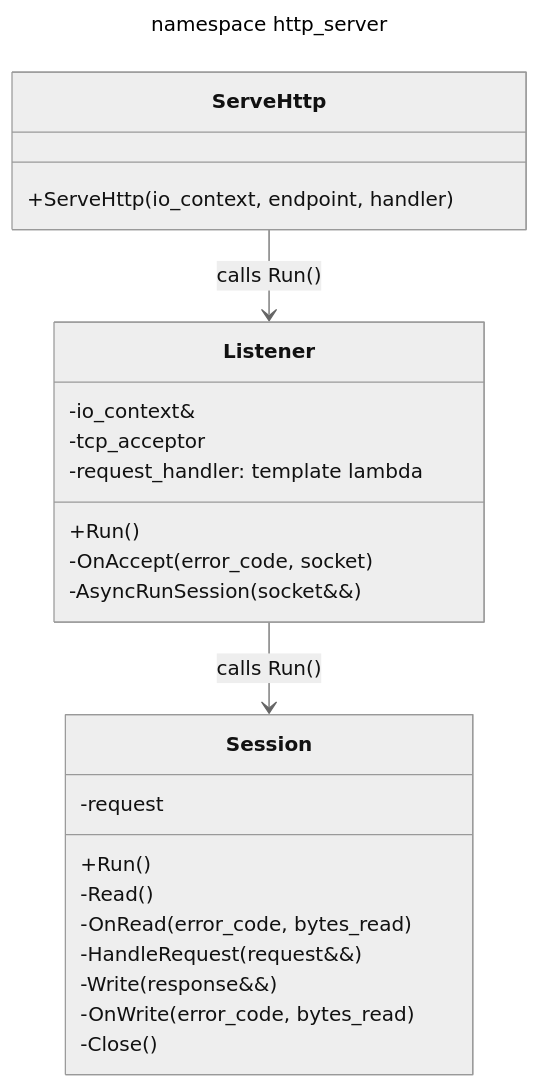
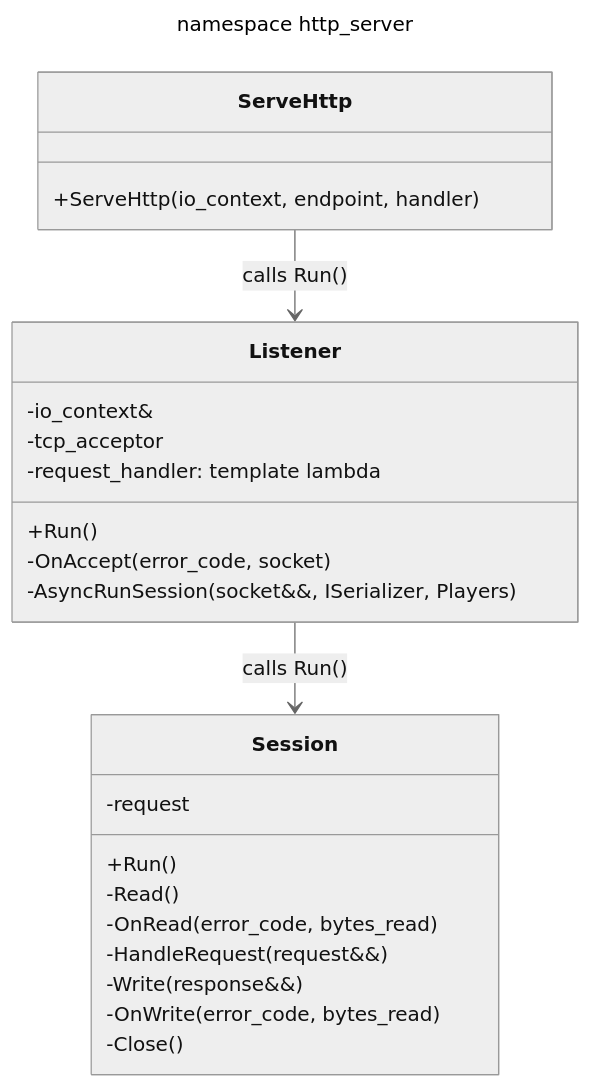
Before and after one commit to LeeDoor/game_webserver: the first of 2 diagrams in docs/server.md, drawn with Mermaid (neutral theme).

````diff
--- a/docs/server.md
+++ b/docs/server.md
@@ -6,30 +6,30 @@
 ```mermaid
 ---
 title: namespace http_server
 ---
 classDiagram
     class ServeHttp{
         +ServeHttp(io_context, endpoint, handler)
     }
     class Listener{
         +Run()
         -OnAccept(error_code, socket)
-        -AsyncRunSession(socket&&)
+        -AsyncRunSession(socket&&, ISerializer, Players)
         -io_context&
         -tcp_acceptor
         -request_handler: template lambda
     }
     class Session{
         +Run()
         -Read()
         -OnRead(error_code, bytes_read)
         -HandleRequest(request&&)
         -Write(response&&)
         -OnWrite(error_code, bytes_read)
         -Close()
         -request
     }
 
     ServeHttp-->Listener : calls Run()
     Listener-->Session : calls Run()
 ```
````
